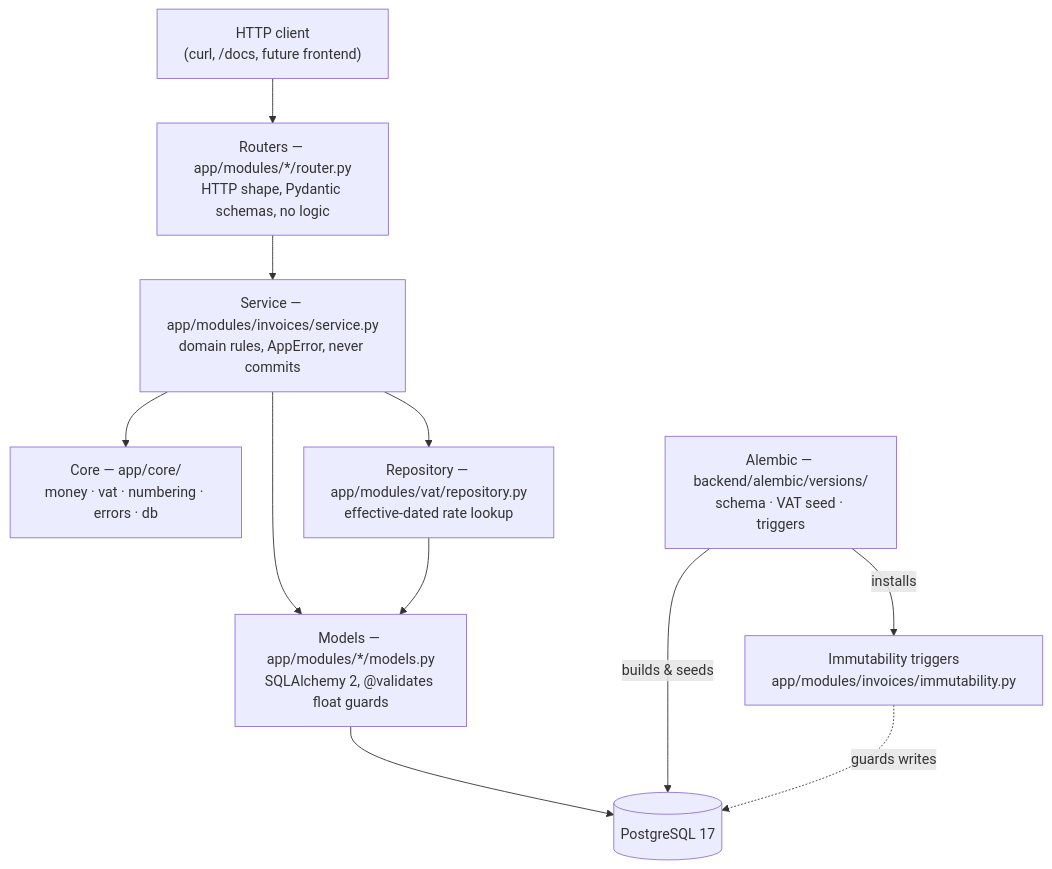
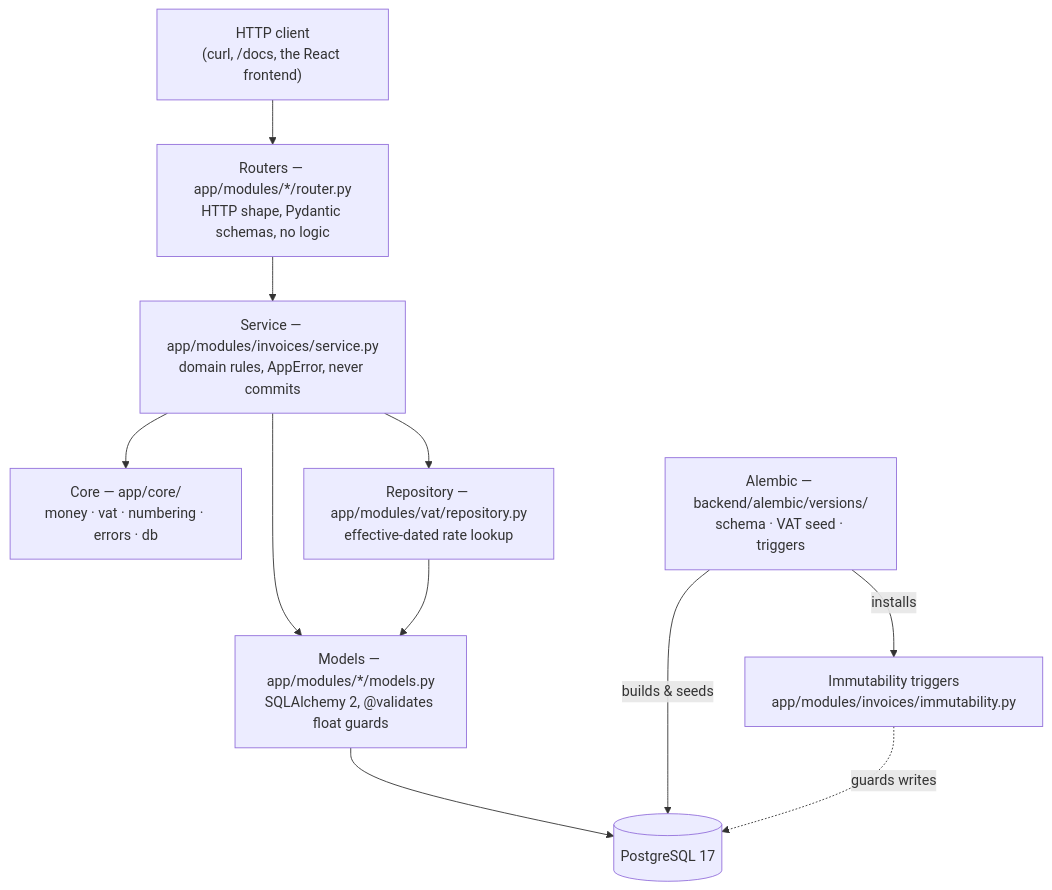
The diagram in docs/ARCHITECTURE.md (znsk966/uk-invoice-generator), drawn with Mermaid before and after one commit. The commit also changed other lines of this file and 3 other files, not shown here.

````diff
--- a/docs/ARCHITECTURE.md
+++ b/docs/ARCHITECTURE.md
@@ -9,22 +12,22 @@
 ```mermaid
 flowchart TD
-    HTTP["HTTP client<br/>(curl, /docs, future frontend)"]
+    HTTP["HTTP client<br/>(curl, /docs, the React frontend)"]
     Router["Routers — app/modules/*/router.py<br/>HTTP shape, Pydantic schemas, no logic"]
     Service["Service — app/modules/invoices/service.py<br/>domain rules, AppError, never commits"]
     Core["Core — app/core/<br/>money · vat · numbering · errors · db"]
     Repo["Repository — app/modules/vat/repository.py<br/>effective-dated rate lookup"]
     Models["Models — app/modules/*/models.py<br/>SQLAlchemy 2, @validates float guards"]
     PG[("PostgreSQL 17")]
     Alembic["Alembic — backend/alembic/versions/<br/>schema · VAT seed · triggers"]
     Trig["Immutability triggers<br/>app/modules/invoices/immutability.py"]
 
     HTTP --> Router --> Service
     Service --> Core
     Service --> Repo
     Service --> Models
     Repo --> Models
     Models --> PG
     Alembic -- "builds & seeds" --> PG
     Alembic -- "installs" --> Trig
     Trig -. "guards writes" .-> PG
 ```
````
